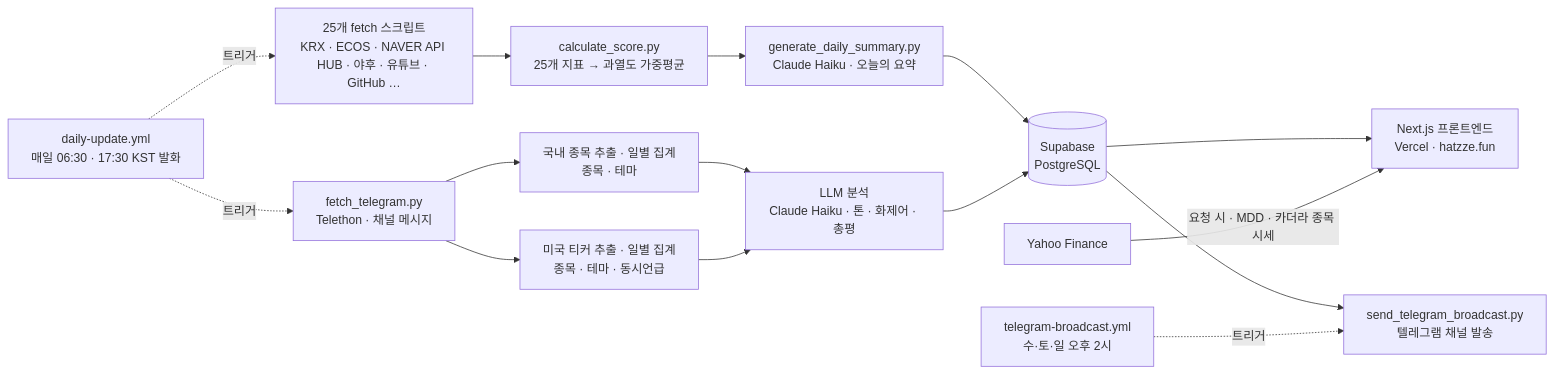
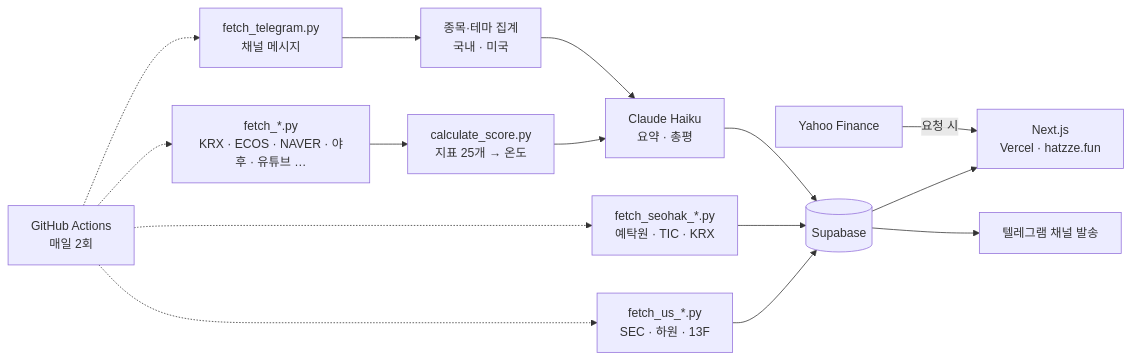
Before and after one commit to drakedog-kr/hatzze: the diagram in README.md, drawn with Mermaid. The commit also changed other lines of this file and 1 other file, not shown here.

````diff
--- a/README.md
+++ b/README.md
@@ -117,17 +25,17 @@
 ```mermaid
 flowchart LR
-    A["25개 fetch 스크립트<br/>KRX · ECOS · NAVER API HUB · 야후 · 유튜브 · GitHub …"] --> B["calculate_score.py<br/>25개 지표 → 과열도 가중평균"]
-    B --> C["generate_daily_summary.py<br/>Claude Haiku · 오늘의 요약"]
-    C --> D[("Supabase<br/>PostgreSQL")]
-    T1["fetch_telegram.py<br/>Telethon · 채널 메시지"] --> T2["국내 종목 추출 · 일별 집계<br/>종목 · 테마"]
-    T1 --> U1["미국 티커 추출 · 일별 집계<br/>종목 · 테마 · 동시언급"]
-    T2 --> T3["LLM 분석<br/>Claude Haiku · 톤 · 화제어 · 총평"]
-    U1 --> T3
-    T3 --> D
-    D --> E["Next.js 프론트엔드<br/>Vercel · hatzze.fun"]
-    D --> S["send_telegram_broadcast.py<br/>텔레그램 채널 발송"]
-    Y["Yahoo Finance"] -->|요청 시 · MDD · 카더라 종목 시세| E
-    G["daily-update.yml<br/>매일 06:30 · 17:30 KST 발화"] -.->|트리거| A
-    G -.->|트리거| T1
-    W["telegram-broadcast.yml<br/>수·토·일 오후 2시"] -.->|트리거| S
+    A["fetch_*.py<br/>KRX · ECOS · NAVER · 야후 · 유튜브 …"] --> B["calculate_score.py<br/>지표 25개 → 온도"]
+    T1["fetch_telegram.py<br/>채널 메시지"] --> T2["종목·테마 집계<br/>국내 · 미국"]
+    U1["fetch_us_*.py<br/>SEC · 하원 · 13F"] --> D
+    S1["fetch_seohak_*.py<br/>예탁원 · TIC · KRX"] --> D
+    B --> L["Claude Haiku<br/>요약 · 총평"]
+    T2 --> L
+    L --> D[("Supabase")]
+    D --> E["Next.js<br/>Vercel · hatzze.fun"]
+    D --> BC["텔레그램 채널 발송"]
+    Y["Yahoo Finance"] -->|요청 시| E
+    G["GitHub Actions<br/>매일 2회"] -.-> A
+    G -.-> T1
+    G -.-> U1
+    G -.-> S1
 ```
````
